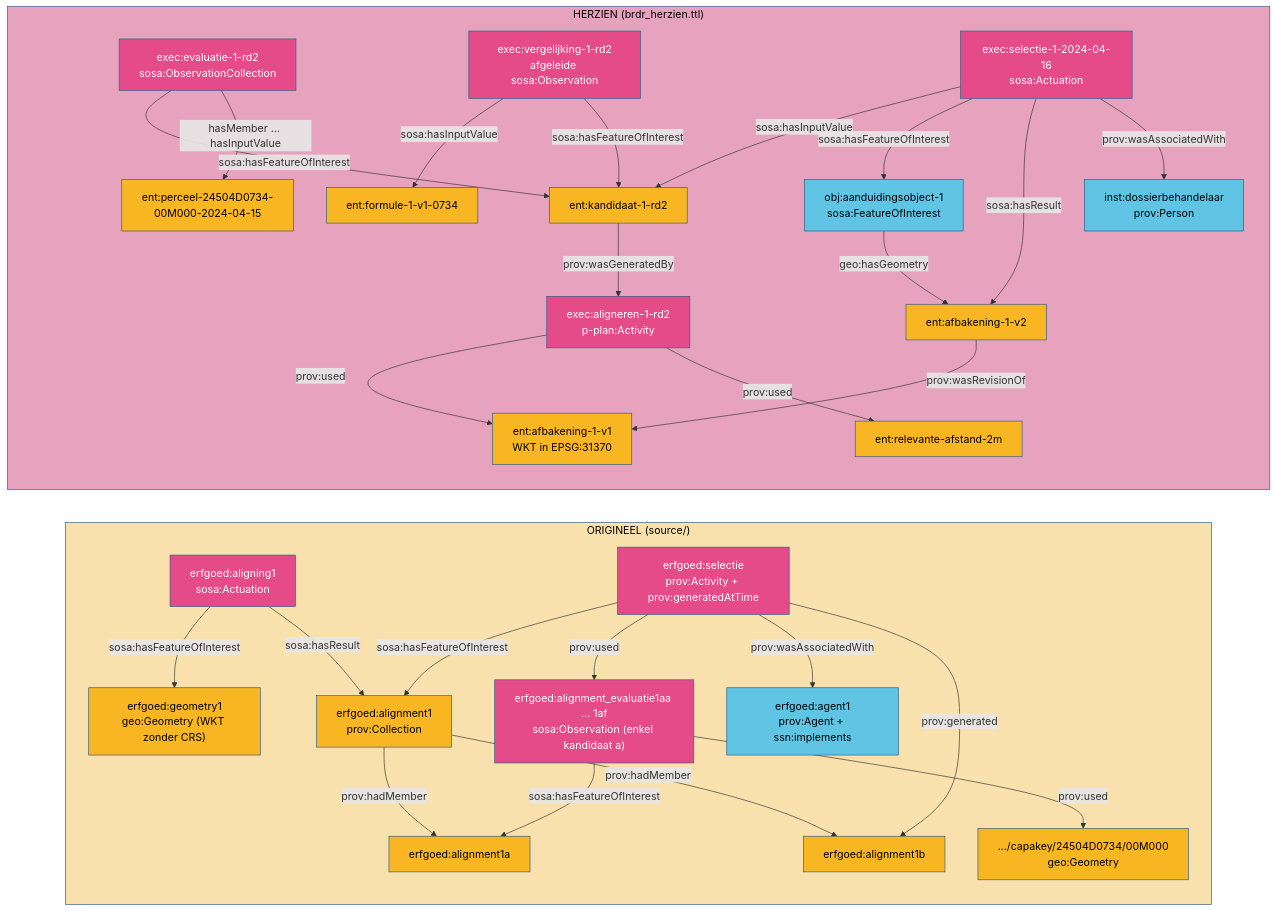
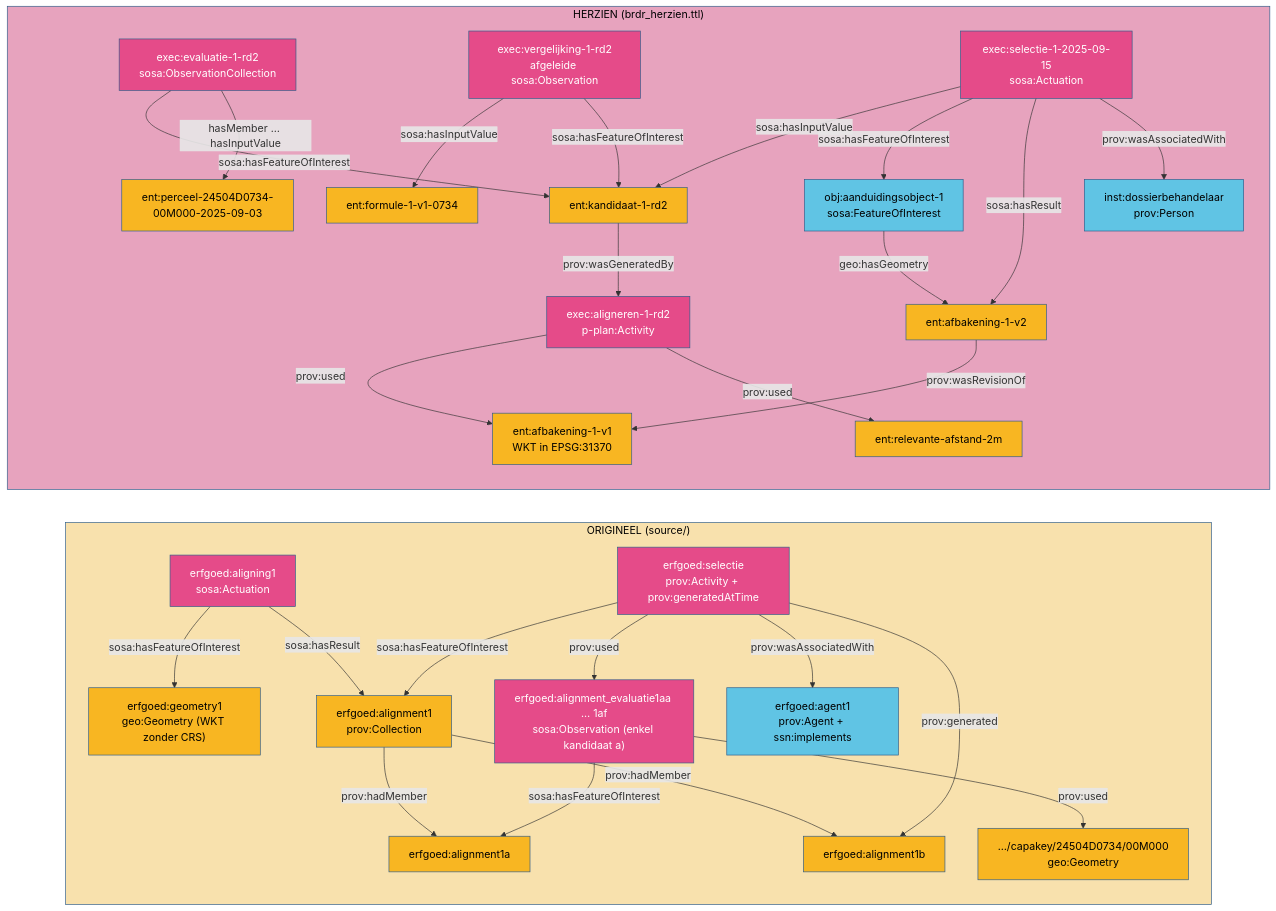
Before and after one commit to Informatievlaanderen/OSLOthema-SSNSOSA-VL: the diagram in src/main/input/brdr/brdr_vergelijking.mmd, drawn with Mermaid. The commit also changed 10 other files, not shown here.

```diff
--- a/src/main/input/brdr/brdr_vergelijking.mmd
+++ b/src/main/input/brdr/brdr_vergelijking.mmd
@@ -1,78 +1,78 @@
 flowchart LR
     subgraph ORIGINEEL["ORIGINEEL (source/)"]
         o_aligning["erfgoed:aligning1<br/>sosa:Actuation"]
         o_geometry["erfgoed:geometry1<br/>geo:Geometry (WKT zonder CRS)"]
         o_collection["erfgoed:alignment1<br/>prov:Collection"]
         o_a["erfgoed:alignment1a"]
         o_b["erfgoed:alignment1b"]
         o_eval["erfgoed:alignment_evaluatie1aa … 1af<br/>sosa:Observation (enkel kandidaat a)"]
         o_parcel["…/capakey/24504D0734/00M000<br/>geo:Geometry"]
         o_selectie["erfgoed:selectie<br/>prov:Activity + prov:generatedAtTime"]
         o_agent["erfgoed:agent1<br/>prov:Agent + ssn:implements"]
     end
 
     subgraph HERZIEN["HERZIEN (brdr_herzien.ttl)"]
         h_aligneren["exec:aligneren-1-rd2<br/>p-plan:Activity"]
         h_rd["ent:relevante-afstand-2m"]
         h_v1["ent:afbakening-1-v1<br/>WKT in EPSG:31370"]
         h_kandidaat["ent:kandidaat-1-rd2"]
         h_eval["exec:evaluatie-1-rd2<br/>sosa:ObservationCollection"]
-        h_p2024["ent:perceel-24504D0734-00M000-2024-04-15"]
+        h_p2024["ent:perceel-24504D0734-00M000-2025-09-03"]
         h_verg["exec:vergelijking-1-rd2<br/>afgeleide sosa:Observation"]
         h_formule["ent:formule-1-v1-0734"]
-        h_selectie["exec:selectie-1-2024-04-16<br/>sosa:Actuation"]
+        h_selectie["exec:selectie-1-2025-09-15<br/>sosa:Actuation"]
         h_object["obj:aanduidingsobject-1<br/>sosa:FeatureOfInterest"]
         h_v2["ent:afbakening-1-v2"]
         h_persoon["inst:dossierbehandelaar<br/>prov:Person"]
     end
 
     o_aligning -->|sosa:hasFeatureOfInterest| o_geometry
     o_aligning -->|sosa:hasResult| o_collection
     o_collection -->|prov:hadMember| o_a
     o_collection -->|prov:hadMember| o_b
     o_eval -->|sosa:hasFeatureOfInterest| o_a
     o_eval -->|prov:used| o_parcel
     o_selectie -->|prov:used| o_eval
     o_selectie -->|sosa:hasFeatureOfInterest| o_collection
     o_selectie -->|prov:generated| o_b
     o_selectie -->|prov:wasAssociatedWith| o_agent
 
     h_aligneren -->|prov:used| h_v1
     h_aligneren -->|prov:used| h_rd
     h_kandidaat -->|prov:wasGeneratedBy| h_aligneren
     h_eval -->|sosa:hasFeatureOfInterest| h_kandidaat
     h_eval -->|hasMember … hasInputValue| h_p2024
     h_verg -->|sosa:hasInputValue| h_formule
     h_verg -->|sosa:hasFeatureOfInterest| h_kandidaat
     h_selectie -->|sosa:hasInputValue| h_kandidaat
     h_selectie -->|sosa:hasFeatureOfInterest| h_object
     h_selectie -->|sosa:hasResult| h_v2
     h_selectie -->|prov:wasAssociatedWith| h_persoon
     h_v2 -->|prov:wasRevisionOf| h_v1
     h_object -->|geo:hasGeometry| h_v2
 
     style ORIGINEEL fill:#f8e1ad,stroke:#2E5C8A,color:#000
     style HERZIEN fill:#e7a3be,stroke:#2E5C8A,color:#000
 
     style o_aligning fill:#e54b89,stroke:#2E5C8A,color:#fff
     style o_geometry fill:#f8b622,stroke:#2E5C8A,color:#000
     style o_collection fill:#f8b622,stroke:#2E5C8A,color:#000
     style o_a fill:#f8b622,stroke:#2E5C8A,color:#000
     style o_b fill:#f8b622,stroke:#2E5C8A,color:#000
     style o_eval fill:#e54b89,stroke:#2E5C8A,color:#fff
     style o_parcel fill:#f8b622,stroke:#2E5C8A,color:#000
     style o_selectie fill:#e54b89,stroke:#2E5C8A,color:#fff
     style o_agent fill:#60c4e4,stroke:#2E5C8A,color:#000
 
     style h_aligneren fill:#e54b89,stroke:#2E5C8A,color:#fff
     style h_rd fill:#f8b622,stroke:#2E5C8A,color:#000
     style h_v1 fill:#f8b622,stroke:#2E5C8A,color:#000
     style h_kandidaat fill:#f8b622,stroke:#2E5C8A,color:#000
     style h_eval fill:#e54b89,stroke:#2E5C8A,color:#fff
     style h_p2024 fill:#f8b622,stroke:#2E5C8A,color:#000
     style h_verg fill:#e54b89,stroke:#2E5C8A,color:#fff
     style h_formule fill:#f8b622,stroke:#2E5C8A,color:#000
     style h_selectie fill:#e54b89,stroke:#2E5C8A,color:#fff
     style h_object fill:#60c4e4,stroke:#2E5C8A,color:#000
     style h_v2 fill:#f8b622,stroke:#2E5C8A,color:#000
     style h_persoon fill:#60c4e4,stroke:#2E5C8A,color:#000
```
